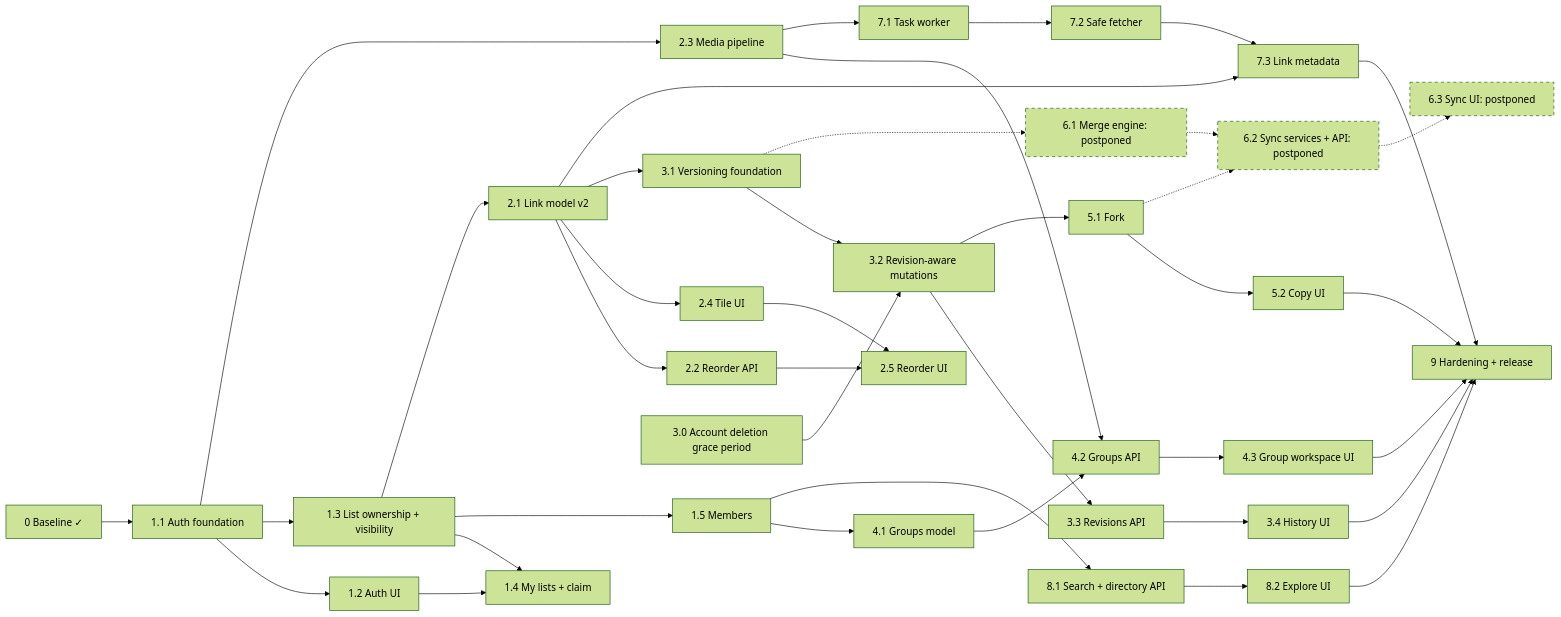
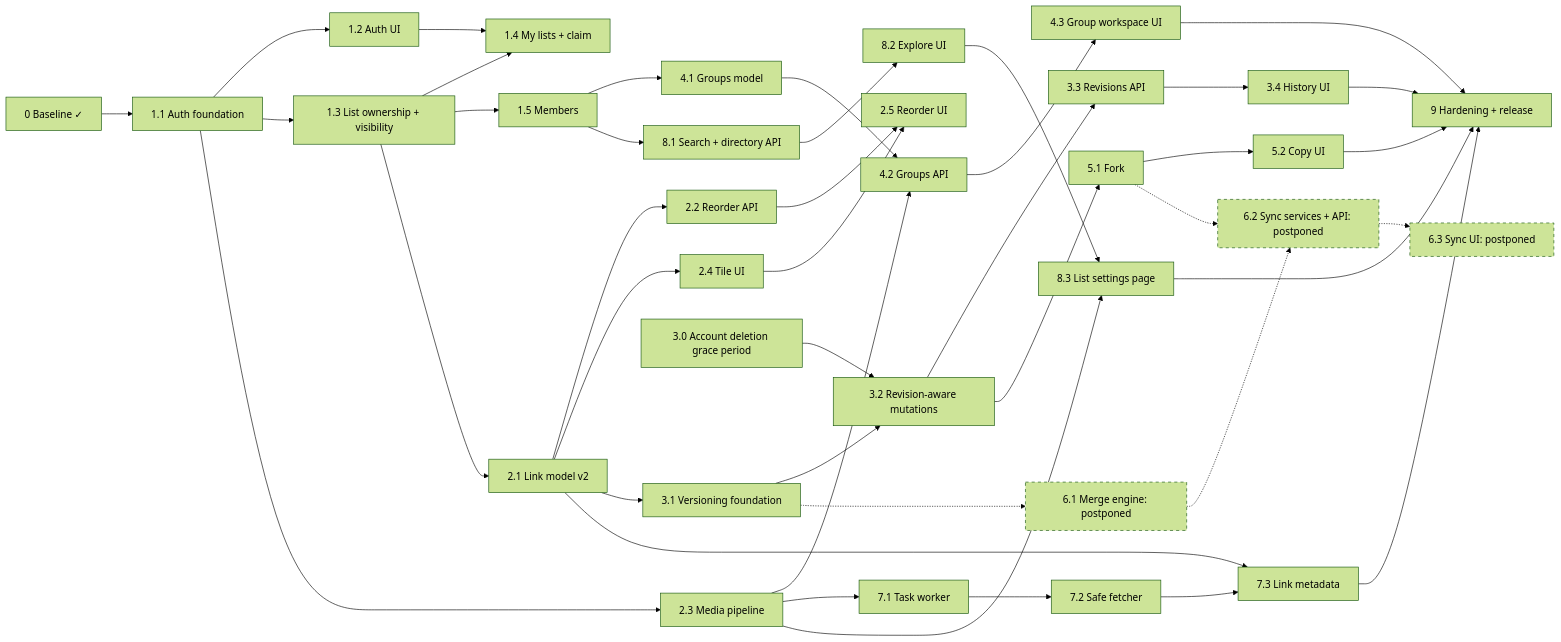
One commit to flokos/listlinkedin changed the diagram in docs/v2/17-IMPLEMENTATION-ROADMAP.md. Above: the diagram before and after it, drawn with Mermaid (forest theme). The commit also changed other lines of this file and 1 other file, not shown here.

Commit message:
Plan the list settings page as task 8.3
No task built /l/:code/settings, so a list's description, image and
expiry date can't be changed in the app. Scheduled before phase 9.

````diff
--- a/docs/v2/17-IMPLEMENTATION-ROADMAP.md
+++ b/docs/v2/17-IMPLEMENTATION-ROADMAP.md
@@ -21,39 +21,40 @@
 ```mermaid
 flowchart LR
   P0[0 Baseline ✓] --> T11[1.1 Auth foundation]
   T11 --> T12[1.2 Auth UI]
   T11 --> T13[1.3 List ownership + visibility]
   T13 --> T14[1.4 My lists + claim]
   T12 --> T14
   T13 --> T15[1.5 Members]
   T13 --> T21[2.1 Link model v2]
   T21 --> T22[2.2 Reorder API]
   T11 --> T23[2.3 Media pipeline]
   T21 --> T24[2.4 Tile UI]
   T22 --> T25[2.5 Reorder UI]
   T24 --> T25
   T21 --> T31[3.1 Versioning foundation]
   T31 --> T32[3.2 Revision-aware mutations]
   T30[3.0 Account deletion grace period] --> T32
   T32 --> T33[3.3 Revisions API] --> T34[3.4 History UI]
   T15 --> T41[4.1 Groups model]
   T41 --> T42[4.2 Groups API] --> T43[4.3 Group workspace UI]
   T23 --> T42
   T32 --> T51[5.1 Fork]
   T51 --> T52[5.2 Copy UI]
   T31 -.-> T61[6.1 Merge engine: postponed]
   T61 -.-> T62[6.2 Sync services + API: postponed]
   T51 -.-> T62
   T62 -.-> T63[6.3 Sync UI: postponed]
   T23 --> T71[7.1 Task worker]
   T71 --> T72[7.2 Safe fetcher] --> T73[7.3 Link metadata]
   T21 --> T73
-  T15 --> T81[8.1 Search + directory API] --> T82[8.2 Explore UI]
+  T15 --> T81[8.1 Search + directory API] --> T82[8.2 Explore UI] --> T83[8.3 List settings page]
+  T23 --> T83
   T52 --> T9[9 Hardening + release]
   T43 --> T9
   T73 --> T9
-  T82 --> T9
+  T83 --> T9
   T34 --> T9
   classDef postponed stroke-dasharray: 5 5
   class T61,T62,T63 postponed
 ```
````
